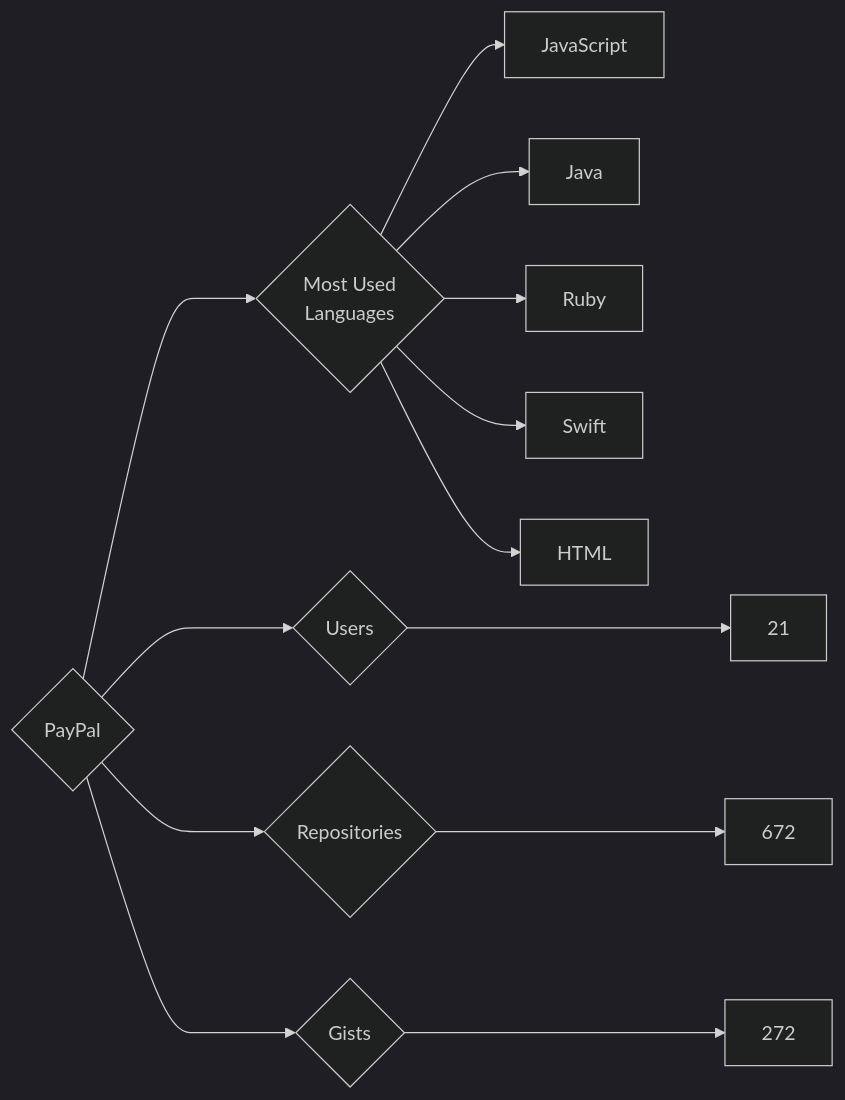
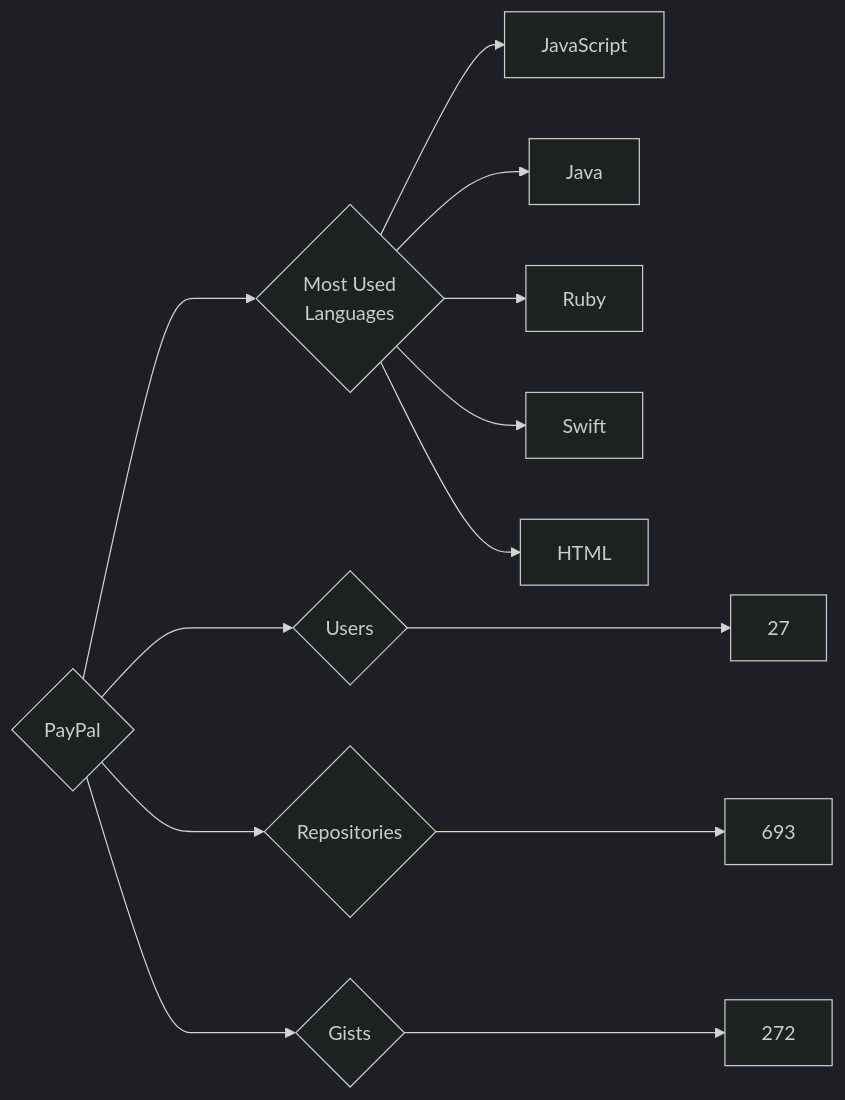
The diagram in targets/PayPal/README.md (trickest/insiders), drawn with Mermaid (dark theme) before and after one commit. The commit also changed 715 other files, not shown here.

````diff
--- a/targets/PayPal/README.md
+++ b/targets/PayPal/README.md
@@ -3,13 +3,13 @@
 ```mermaid
 graph LR
 COMPANY_NAME{PayPal}
-COMPANY_NAME ---> U{Users} ---> UN[21]
-COMPANY_NAME ---> R{Repositories} ---> RN[672]
+COMPANY_NAME ---> U{Users} ---> UN[27]
+COMPANY_NAME ---> R{Repositories} ---> RN[693]
 COMPANY_NAME ---> G{Gists} ---> GN[272]
 COMPANY_NAME ---> ML{Most Used<br>Languages}
 ML --> JavaScript[JavaScript]
 ML --> Java[Java]
 ML --> Ruby[Ruby]
 ML --> Swift[Swift]
 ML --> HTML[HTML]
 ```
````
